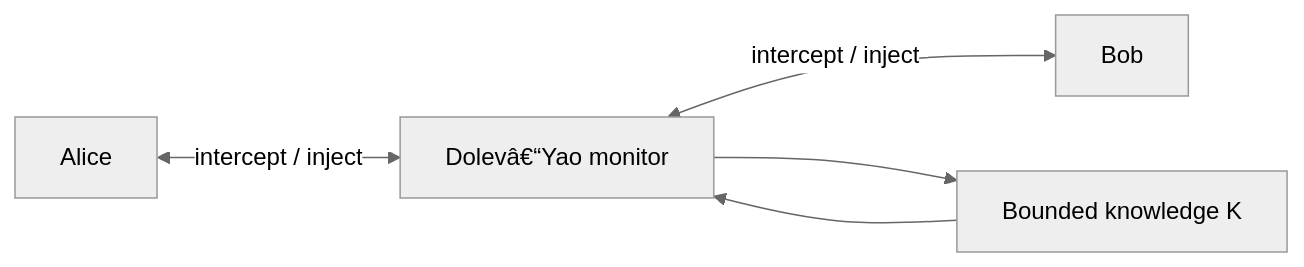
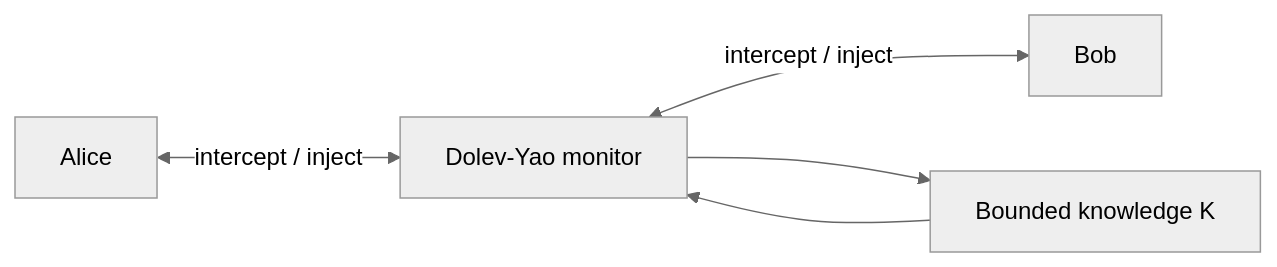
One commit to IMTAltiStudiLucca/mCRL2DY changed the diagram in README.md. Above: the diagram before and after it, drawn with Mermaid (neutral theme).

Commit message:
new readme

````diff
--- a/README.md
+++ b/README.md
@@ -29,7 +29,7 @@
 ```mermaid
 flowchart LR
-    A[Alice] <-->|intercept / inject| DY[Dolevâ€“Yao monitor]
+    A[Alice] <-->|intercept / inject| DY[Dolev-Yao monitor]
     DY <-->|intercept / inject| B[Bob]
     DY --> K[Bounded knowledge K]
     K --> DY
 ```
````
